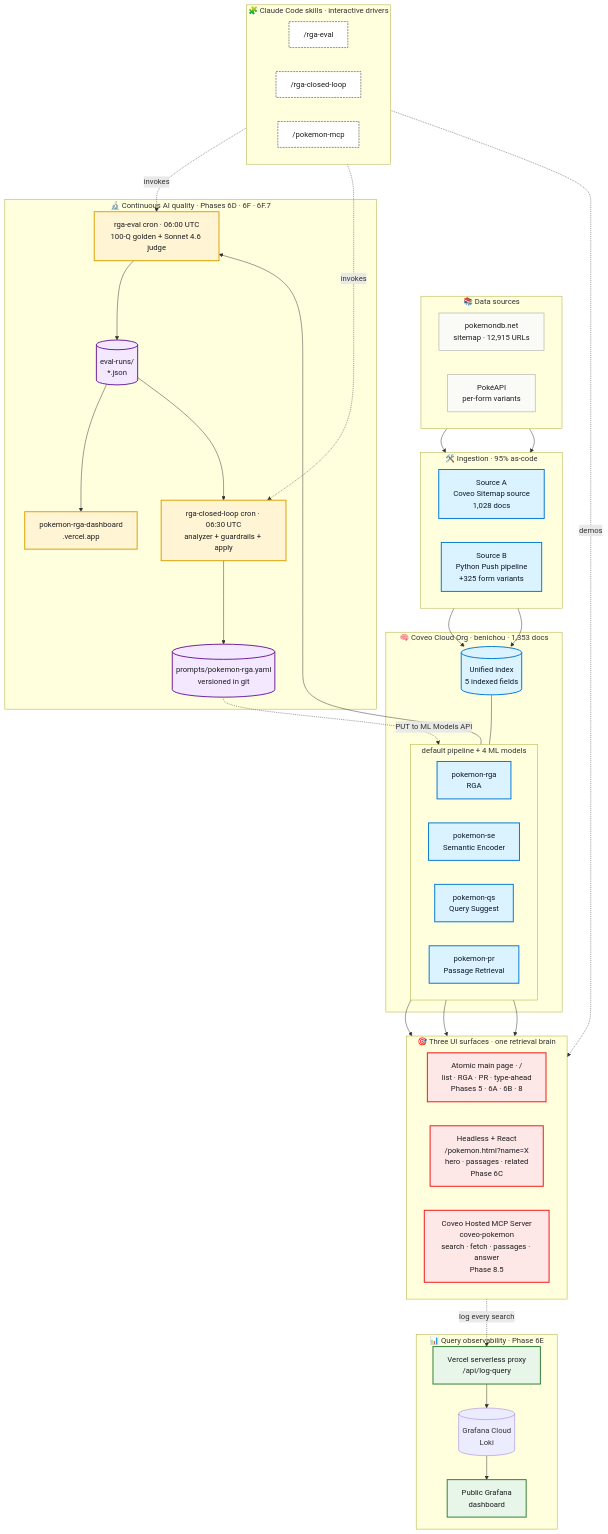
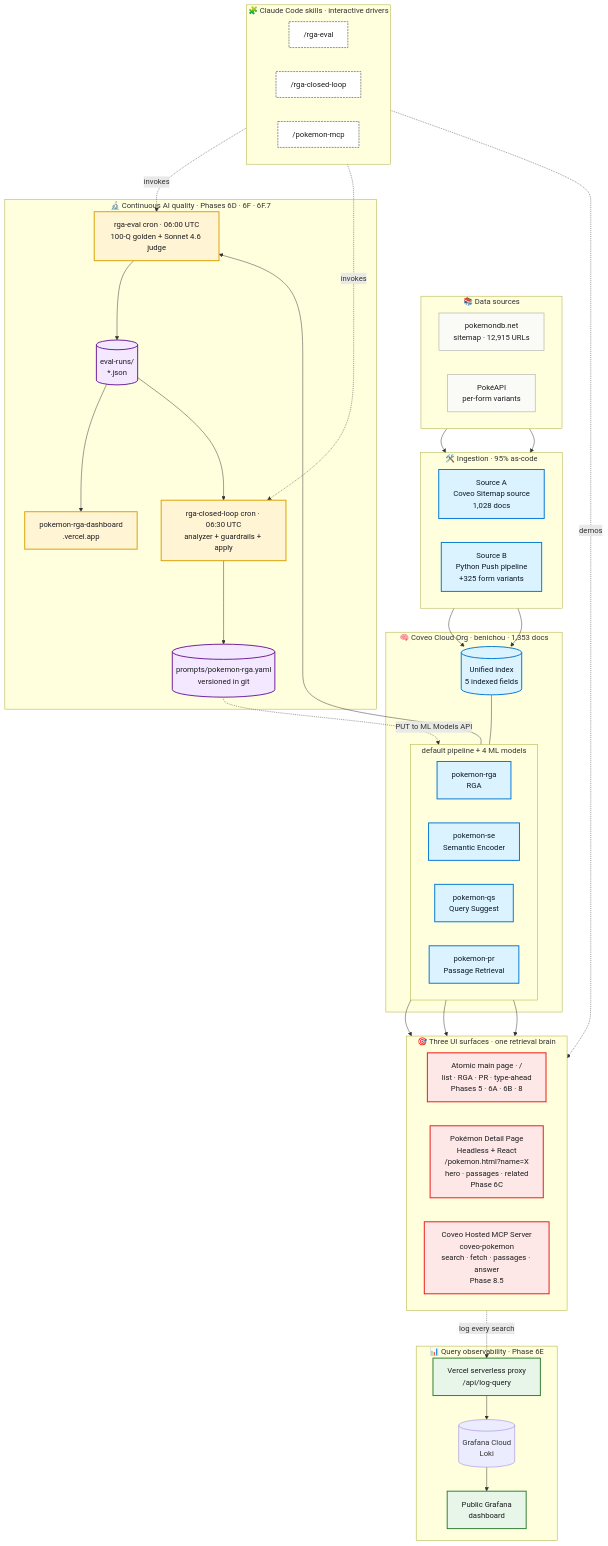
Before and after one commit to benichou/coveo-pokemon-challenge: the first of 3 diagrams in README.md, drawn with Mermaid. The commit also changed other lines of this file and 6 other files, not shown here.

```diff
--- a/README.md
+++ b/README.md
@@ -97,7 +97,7 @@
     subgraph surfaces["🎯 Three UI surfaces · one retrieval brain"]
         direction LR
         ATOMIC["Atomic main page · /<br/>list · RGA · PR · type-ahead<br/>Phases 5 · 6A · 6B · 8"]
-        DETAIL["Headless + React<br/>/pokemon.html?name=X<br/>hero · passages · related<br/>Phase 6C"]
+        DETAIL["Pokémon Detail Page<br/>Headless + React<br/>/pokemon.html?name=X<br/>hero · passages · related<br/>Phase 6C"]
         MCP_UI["Coveo Hosted MCP Server<br/>coveo-pokemon<br/>search · fetch · passages · answer<br/>Phase 8.5"]
     end
 
```
